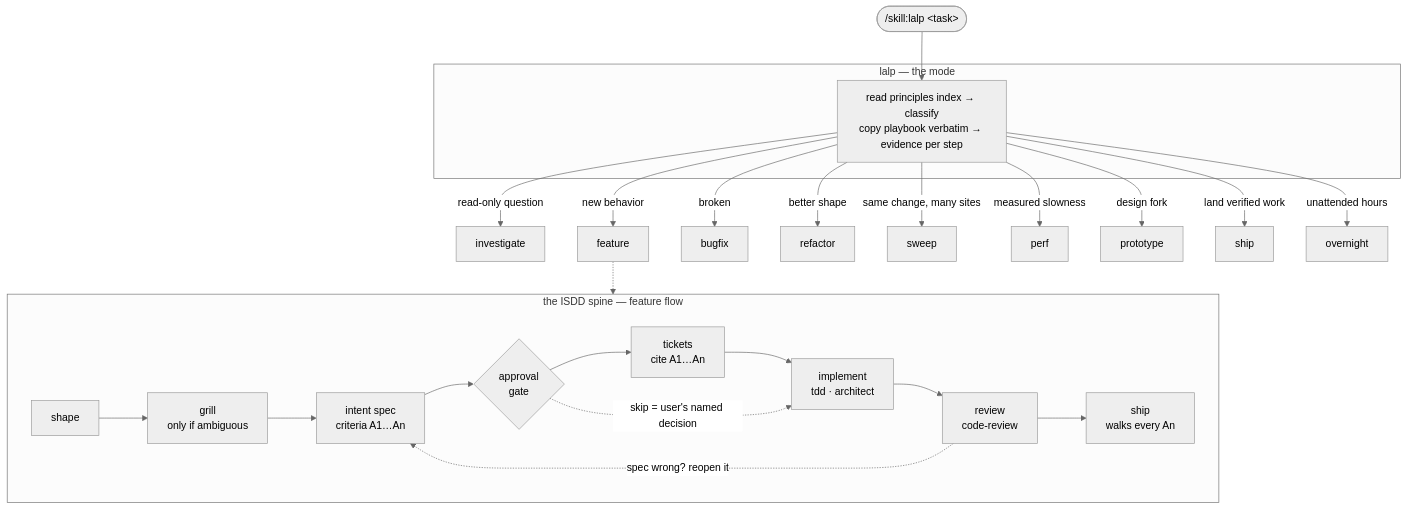
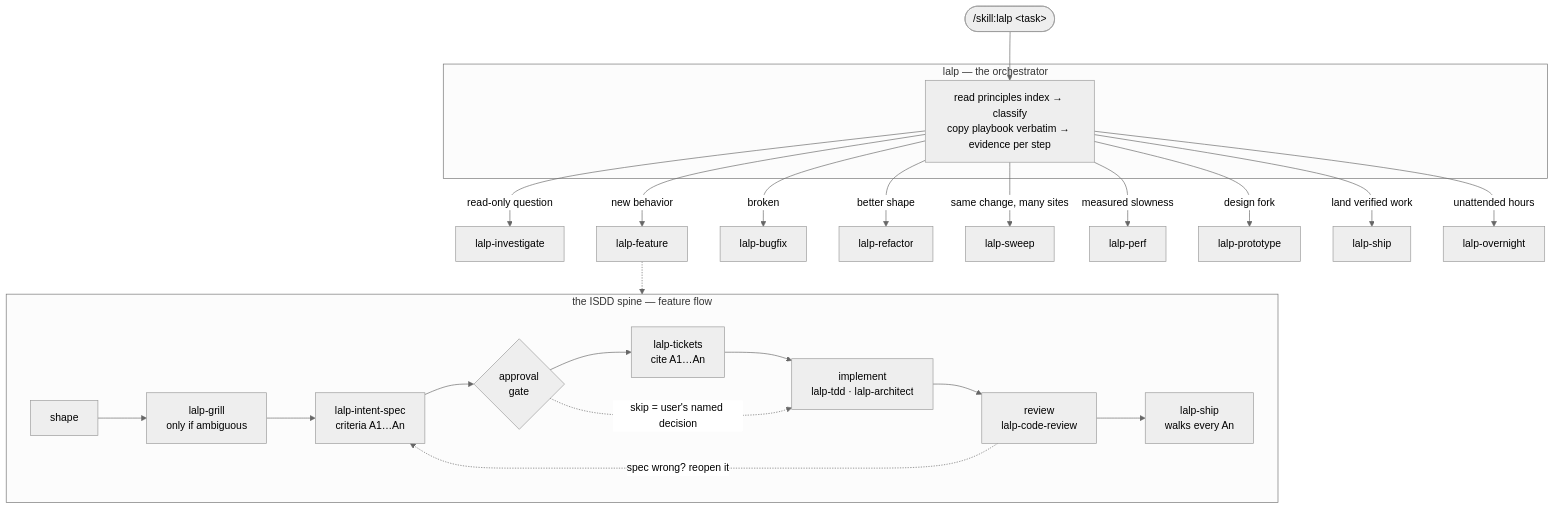
One commit to loconluis/lalp-skills changed the diagram in README.md. Above: the diagram before and after it, drawn with Mermaid (neutral theme). The commit also changed other lines of this file and 53 other files, not shown here.

````diff
--- a/README.md
+++ b/README.md
@@ -7,44 +9,44 @@
 ```mermaid
 flowchart TD
     entry(["/skill:lalp &lt;task&gt;"]) --> mode
 
-    subgraph router["lalp — the mode"]
+    subgraph router["lalp — the orchestrator"]
         mode["read principles index → classify<br/>copy playbook verbatim → evidence per step"]
     end
 
-    mode -->|"read-only question"| investigate["investigate"]
-    mode -->|"new behavior"| feature["feature"]
-    mode -->|"broken"| bugfix["bugfix"]
-    mode -->|"better shape"| refactor["refactor"]
-    mode -->|"same change, many sites"| sweep["sweep"]
-    mode -->|"measured slowness"| perf["perf"]
-    mode -->|"design fork"| prototype["prototype"]
-    mode -->|"land verified work"| ship["ship"]
-    mode -->|"unattended hours"| overnight["overnight"]
+    mode -->|"read-only question"| investigate["lalp-investigate"]
+    mode -->|"new behavior"| feature["lalp-feature"]
+    mode -->|"broken"| bugfix["lalp-bugfix"]
+    mode -->|"better shape"| refactor["lalp-refactor"]
+    mode -->|"same change, many sites"| sweep["lalp-sweep"]
+    mode -->|"measured slowness"| perf["lalp-perf"]
+    mode -->|"design fork"| prototype["lalp-prototype"]
+    mode -->|"land verified work"| ship["lalp-ship"]
+    mode -->|"unattended hours"| overnight["lalp-overnight"]
 
     subgraph spine["the ISDD spine — feature flow"]
         direction LR
-        shape["shape"] --> grill["grill<br/>only if ambiguous"] --> spec["intent spec<br/>criteria A1…An"] --> gate{"approval<br/>gate"} --> tickets["tickets<br/>cite A1…An"] --> impl["implement<br/>tdd · architect"] --> review["review<br/>code-review"] --> walk["ship<br/>walks every An"]
+        shape["shape"] --> grill["lalp-grill<br/>only if ambiguous"] --> spec["lalp-intent-spec<br/>criteria A1…An"] --> gate{"approval<br/>gate"} --> tickets["lalp-tickets<br/>cite A1…An"] --> impl["implement<br/>lalp-tdd · lalp-architect"] --> review["review<br/>lalp-code-review"] --> walk["lalp-ship<br/>walks every An"]
     end
 
     feature -.-> shape
     gate -.->|"skip = user's named decision"| impl
     review -.->|"spec wrong? reopen it"| spec
 
     click mode "lalp/SKILL.md"
-    click investigate "lalp/playbooks/investigate/SKILL.md"
-    click feature "lalp/playbooks/feature/SKILL.md"
-    click bugfix "lalp/playbooks/bugfix/SKILL.md"
-    click refactor "lalp/playbooks/refactor/SKILL.md"
-    click sweep "lalp/playbooks/sweep/SKILL.md"
-    click perf "lalp/playbooks/perf/SKILL.md"
-    click prototype "lalp/playbooks/prototype/SKILL.md"
-    click ship "lalp/playbooks/ship/SKILL.md"
-    click overnight "lalp/playbooks/overnight/SKILL.md"
-    click grill "lalp/disciplines/grill/SKILL.md"
-    click spec "lalp/disciplines/intent-spec/SKILL.md"
-    click tickets "lalp/disciplines/tickets/SKILL.md"
-    click impl "lalp/disciplines/tdd/SKILL.md"
-    click review "lalp/disciplines/code-review/SKILL.md"
-    click walk "lalp/playbooks/ship/SKILL.md"
+    click investigate "lalp-investigate/SKILL.md"
+    click feature "lalp-feature/SKILL.md"
+    click bugfix "lalp-bugfix/SKILL.md"
+    click refactor "lalp-refactor/SKILL.md"
+    click sweep "lalp-sweep/SKILL.md"
+    click perf "lalp-perf/SKILL.md"
+    click prototype "lalp-prototype/SKILL.md"
+    click ship "lalp-ship/SKILL.md"
+    click overnight "lalp-overnight/SKILL.md"
+    click grill "lalp-grill/SKILL.md"
+    click spec "lalp-intent-spec/SKILL.md"
+    click tickets "lalp-tickets/SKILL.md"
+    click impl "lalp-tdd/SKILL.md"
+    click review "lalp-code-review/SKILL.md"
+    click walk "lalp-ship/SKILL.md"
 ```
````
